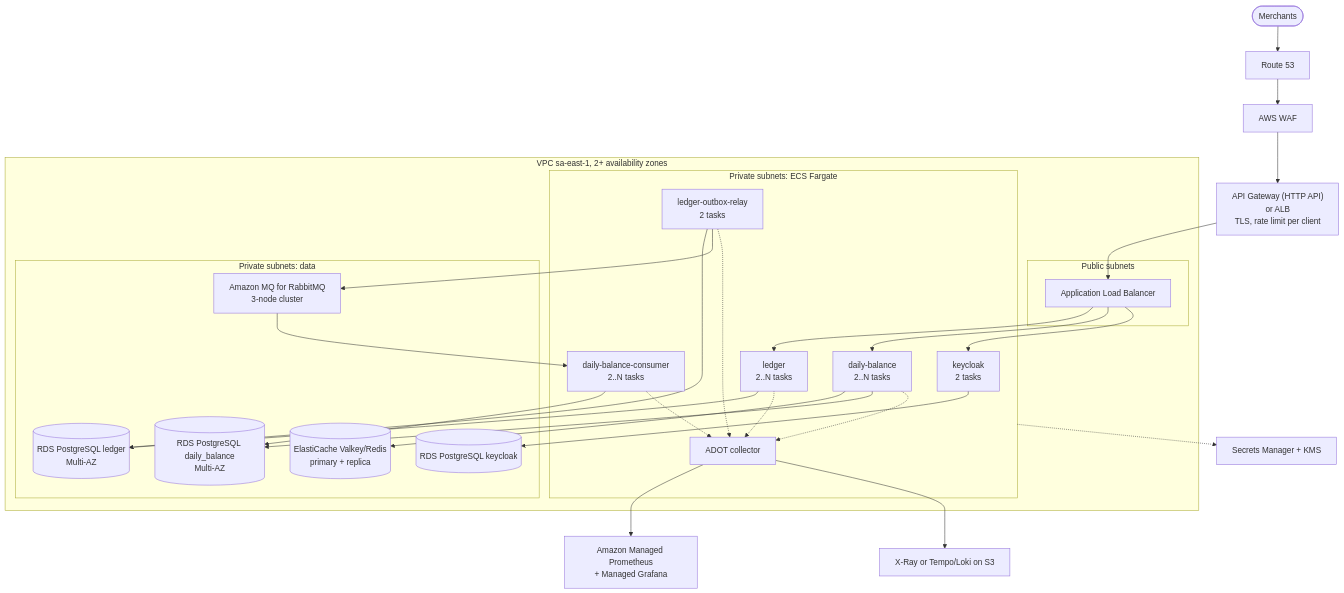
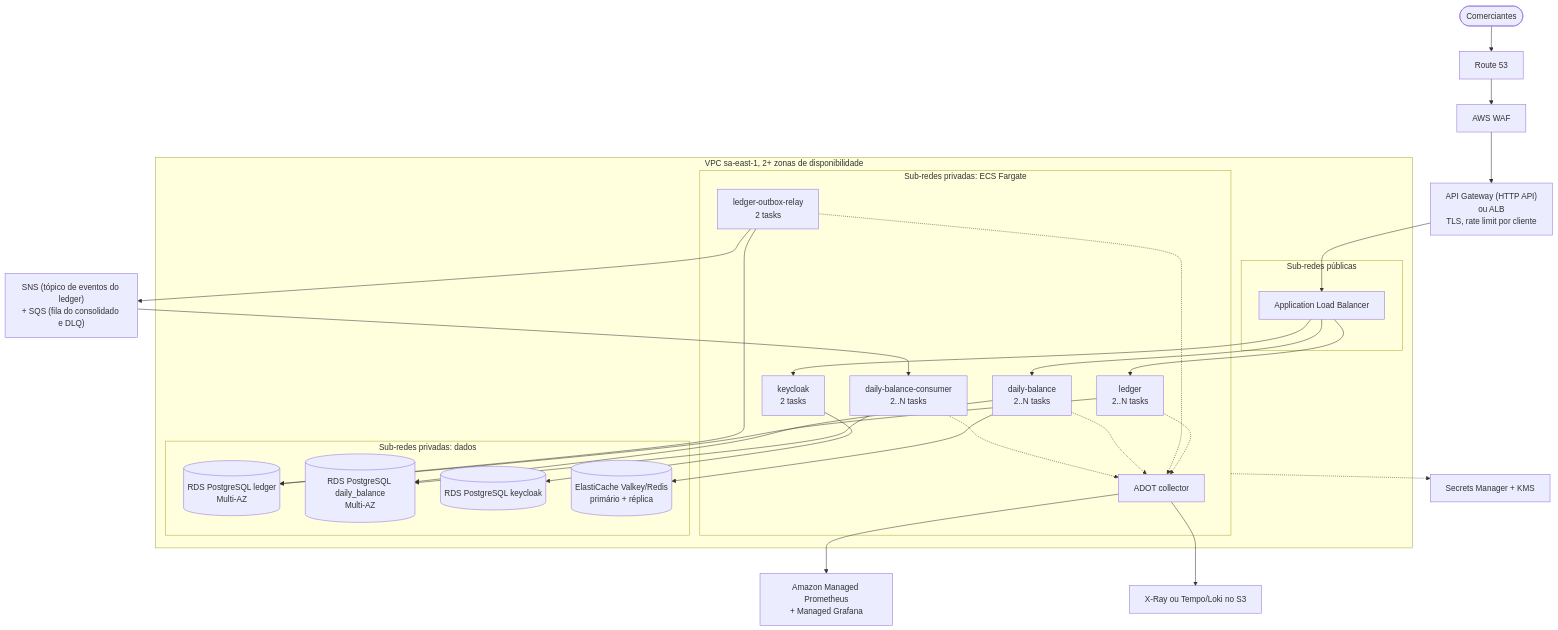
The eighth of 8 diagrams in docs/03-target-architecture.md (joaorizzont/cash-flow-test), drawn with Mermaid before and after one commit. The commit also changed other lines of this file and 23 other files, not shown here.

First line of the commit message:
docs: translate architecture documentation to portuguese

````diff
--- a/docs/03-target-architecture.md
+++ b/docs/03-target-architecture.md
@@ -324,47 +324,47 @@
 ```mermaid
 flowchart TB
-  users(["Merchants"])
+  users(["Comerciantes"])
   r53["Route 53"]
   waf["AWS WAF"]
-  apigw["API Gateway (HTTP API)<br/>or ALB<br/>TLS, rate limit per client"]
+  apigw["API Gateway (HTTP API)<br/>ou ALB<br/>TLS, rate limit por cliente"]
 
-  subgraph vpc["VPC sa-east-1, 2+ availability zones"]
-    subgraph pub["Public subnets"]
+  subgraph vpc["VPC sa-east-1, 2+ zonas de disponibilidade"]
+    subgraph pub["Sub-redes públicas"]
       alb["Application Load Balancer"]
     end
-    subgraph app["Private subnets: ECS Fargate"]
+    subgraph app["Sub-redes privadas: ECS Fargate"]
       s1["ledger<br/>2..N tasks"]
       s2["ledger-outbox-relay<br/>2 tasks"]
       s3["daily-balance<br/>2..N tasks"]
       s4["daily-balance-consumer<br/>2..N tasks"]
       s5["keycloak<br/>2 tasks"]
       s6["ADOT collector"]
     end
-    subgraph data["Private subnets: data"]
+    subgraph data["Sub-redes privadas: dados"]
       rds1[("RDS PostgreSQL ledger<br/>Multi-AZ")]
       rds2[("RDS PostgreSQL daily_balance<br/>Multi-AZ")]
       rds3[("RDS PostgreSQL keycloak")]
-      mq["Amazon MQ for RabbitMQ<br/>3-node cluster"]
-      cache[("ElastiCache Valkey/Redis<br/>primary + replica")]
+      cache[("ElastiCache Valkey/Redis<br/>primário + réplica")]
     end
   end
 
+  mq["SNS (tópico de eventos do ledger)<br/>+ SQS (fila do consolidado e DLQ)"]
   sm["Secrets Manager + KMS"]
   amp["Amazon Managed Prometheus<br/>+ Managed Grafana"]
-  xray["X-Ray or Tempo/Loki on S3"]
+  xray["X-Ray ou Tempo/Loki no S3"]
 
   users --> r53 --> waf --> apigw --> alb
   alb --> s1 & s3 & s5
   s1 --> rds1
   s2 --> rds1
   s2 --> mq
   mq --> s4
   s4 --> rds2
   s3 --> cache
   s3 --> rds2
   s5 --> rds3
   s1 & s2 & s3 & s4 -.-> s6
   s6 --> amp
   s6 --> xray
   app -.-> sm
 ```
````
